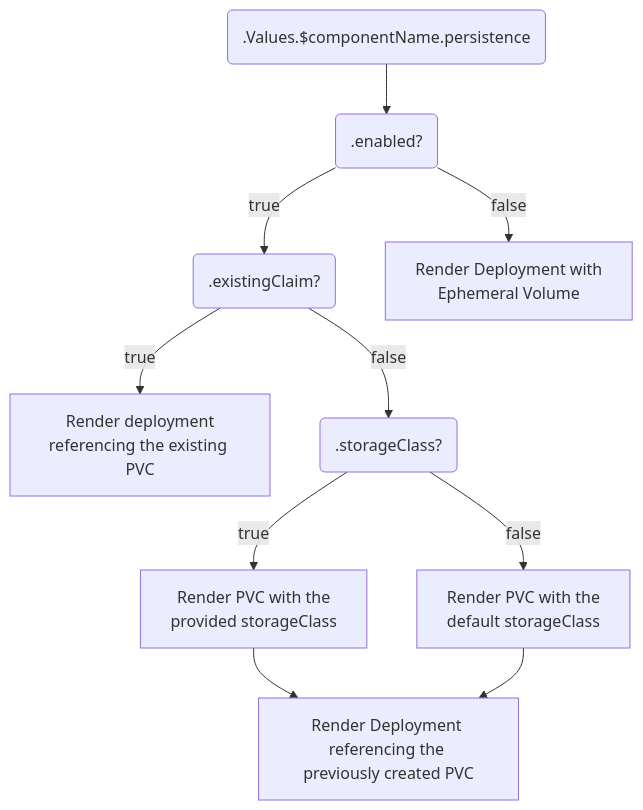
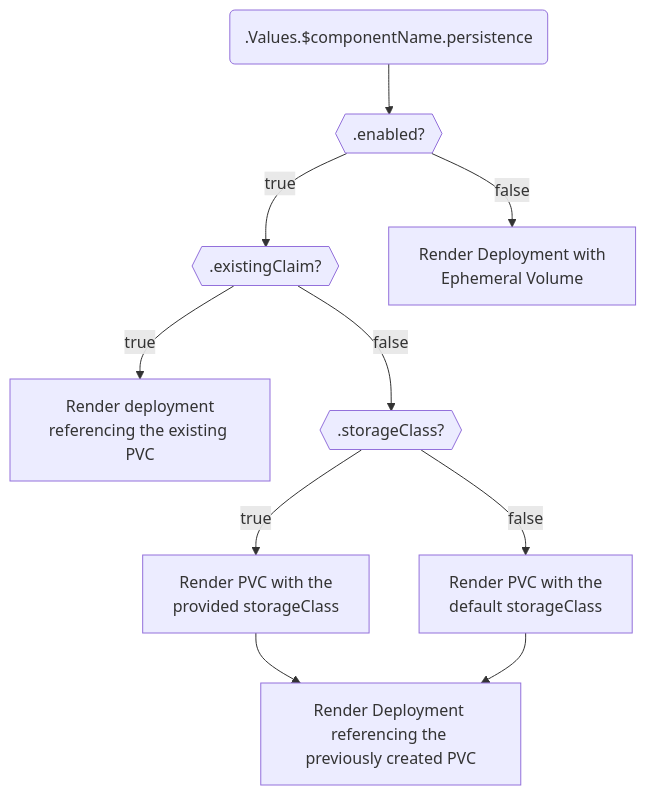
Before and after one commit to Alfresco/acs-deployment: the diagram in docs/helm/storage.md, drawn with Mermaid.

Commit message:
change shape in choices

````diff
--- a/docs/helm/storage.md
+++ b/docs/helm/storage.md
@@ -28,17 +28,17 @@
 ```mermaid
 flowchart TD
-persistence(.Values.$componentName.persistence) --> enabled(.enabled?)
-enabled --true--> existingClaim(.existingClaim?)
+persistence(.Values.$componentName.persistence) --> enabled{{.enabled?}}
+enabled --true--> existingClaim{{.existingClaim?}}
 enabled --false--> emptyDir[Render Deployment with\nEphemeral Volume]
 
 existingClaim --true--> renderExistingClaim[Render deployment\nreferencing the existing PVC]
 existingClaim --false--> storageClass
 
-storageClass(.storageClass?)
+storageClass{{.storageClass?}}
 providedStorageClass[Render PVC with the\n provided storageClass]
 defaultStorageClass[Render PVC with the\n default storageClass]
 render[Render Deployment referencing the previously created PVC]
 
 storageClass --true--> providedStorageClass --> render
 storageClass --false--> defaultStorageClass --> render
 ```
````
